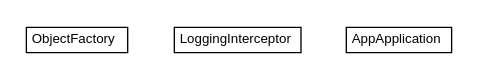
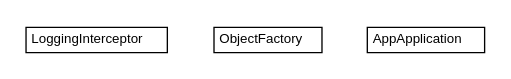
The diagram in apidocs/net/trajano/app/internal/net.trajano.app.internal.dot (trajano/app), drawn with Graphviz before and after one commit. The commit also changed 277 other files, not shown here.

```diff
--- a/apidocs/net/trajano/app/internal/net.trajano.app.internal.dot
+++ b/apidocs/net/trajano/app/internal/net.trajano.app.internal.dot
@@ -1,30 +1,30 @@
 #!/usr/local/bin/dot
 #
 # Class diagram 
 # Generated by UMLGraph version R5_6-24-gf6e263 (http://www.umlgraph.org/)
 #
 
 digraph G {
-	edge [fontname="arial",fontsize=10,labelfontname="arial",labelfontsize=10];
-	node [fontname="arial",fontsize=10,shape=plaintext];
+	edge [fontname="Helvetica",fontsize=10,labelfontname="Helvetica",labelfontsize=10];
+	node [fontname="Helvetica",fontsize=10,shape=plaintext];
 	nodesep=0.25;
 	ranksep=0.5;
+	// net.trajano.app.internal.LoggingInterceptor
+	c77 [label=<<table title="net.trajano.app.internal.LoggingInterceptor" border="0" cellborder="1" cellspacing="0" cellpadding="2" port="p" href="./LoggingInterceptor.html">
+		<tr><td><table border="0" cellspacing="0" cellpadding="1">
+<tr><td align="center" balign="center"> LoggingInterceptor </td></tr>
+		</table></td></tr>
+		</table>>, URL="./LoggingInterceptor.html", fontname="Helvetica", fontcolor="black", fontsize=10.0];
 	// net.trajano.app.internal.ObjectFactory
-	c74 [label=<<table title="net.trajano.app.internal.ObjectFactory" border="0" cellborder="1" cellspacing="0" cellpadding="2" port="p" href="./ObjectFactory.html">
+	c78 [label=<<table title="net.trajano.app.internal.ObjectFactory" border="0" cellborder="1" cellspacing="0" cellpadding="2" port="p" href="./ObjectFactory.html">
 		<tr><td><table border="0" cellspacing="0" cellpadding="1">
 <tr><td align="center" balign="center"> ObjectFactory </td></tr>
 		</table></td></tr>
-		</table>>, URL="./ObjectFactory.html", fontname="arial", fontcolor="black", fontsize=10.0];
-	// net.trajano.app.internal.LoggingInterceptor
-	c75 [label=<<table title="net.trajano.app.internal.LoggingInterceptor" border="0" cellborder="1" cellspacing="0" cellpadding="2" port="p" href="./LoggingInterceptor.html">
-		<tr><td><table border="0" cellspacing="0" cellpadding="1">
-<tr><td align="center" balign="center"> LoggingInterceptor </td></tr>
-		</table></td></tr>
-		</table>>, URL="./LoggingInterceptor.html", fontname="arial", fontcolor="black", fontsize=10.0];
+		</table>>, URL="./ObjectFactory.html", fontname="Helvetica", fontcolor="black", fontsize=10.0];
 	// net.trajano.app.internal.AppApplication
-	c76 [label=<<table title="net.trajano.app.internal.AppApplication" border="0" cellborder="1" cellspacing="0" cellpadding="2" port="p" href="./AppApplication.html">
+	c79 [label=<<table title="net.trajano.app.internal.AppApplication" border="0" cellborder="1" cellspacing="0" cellpadding="2" port="p" href="./AppApplication.html">
 		<tr><td><table border="0" cellspacing="0" cellpadding="1">
 <tr><td align="center" balign="center"> AppApplication </td></tr>
 		</table></td></tr>
-		</table>>, URL="./AppApplication.html", fontname="arial", fontcolor="black", fontsize=10.0];
+		</table>>, URL="./AppApplication.html", fontname="Helvetica", fontcolor="black", fontsize=10.0];
 }
```
